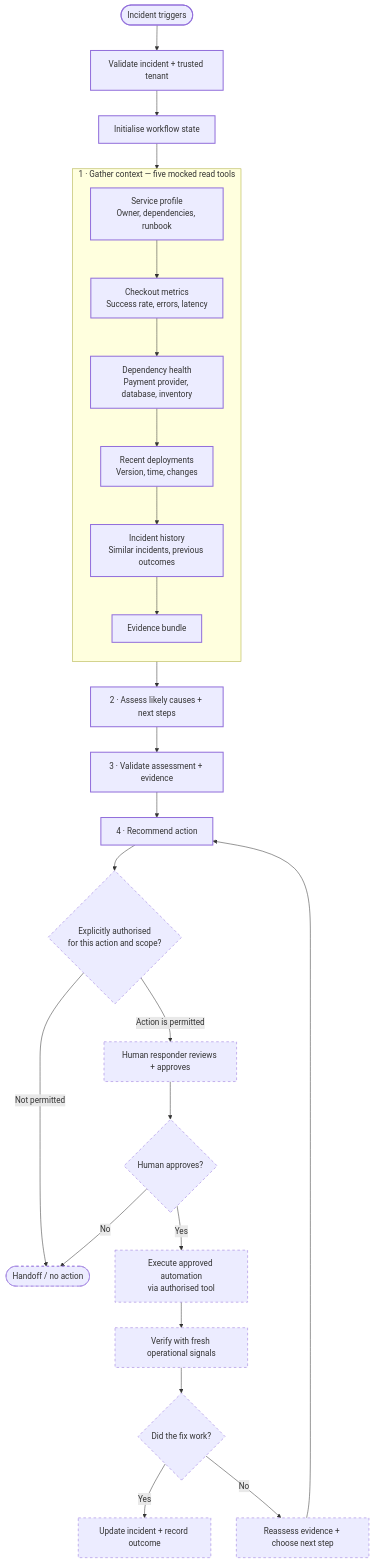
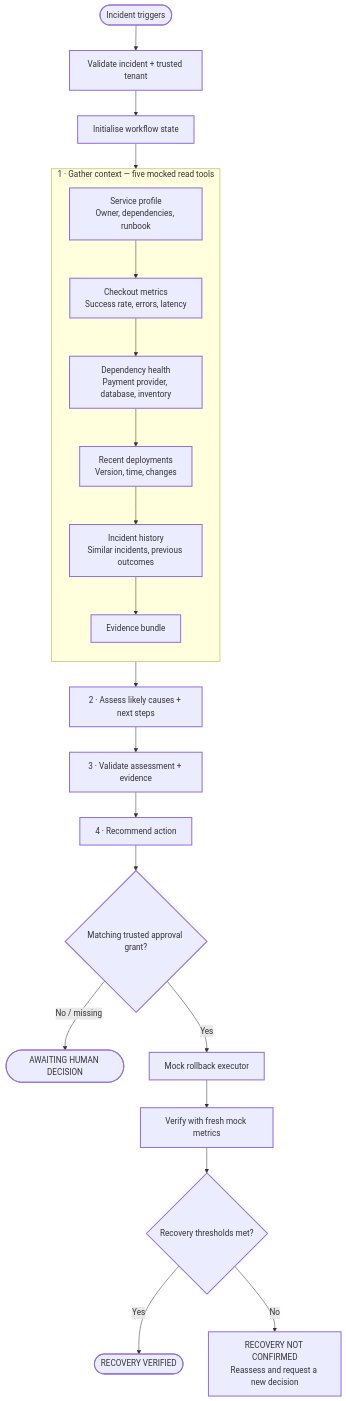
The diagram in README.md (rudolfo-felix/pager-duty), drawn with Mermaid before and after one commit. The commit also changed other lines of this file, not shown here.

Commit message:
Document tested mock execution and recovery paths

````diff
--- a/README.md
+++ b/README.md
@@ -48,39 +48,32 @@
 ```mermaid
 flowchart TD
     A(["Incident triggers"]) --> B["Validate incident + trusted tenant"]
     B --> C["Initialise workflow state"]
 
     subgraph G["1 · Gather context — five mocked read tools"]
       direction TB
       T1["Service profile<br/>Owner, dependencies, runbook"]
       T2["Checkout metrics<br/>Success rate, errors, latency"]
       T3["Dependency health<br/>Payment provider, database, inventory"]
       T4["Recent deployments<br/>Version, time, changes"]
       T5["Incident history<br/>Similar incidents, previous outcomes"]
       T1 --> T2 --> T3 --> T4 --> T5
       T5 --> E["Evidence bundle"]
     end
 
     C --> T1
     E --> F["2 · Assess likely causes + next steps"]
     F --> V["3 · Validate assessment + evidence"]
     V --> H["4 · Recommend action"]
-    H --> Z{"Explicitly authorised<br/>for this action and scope?"}
+    H --> Z{"Matching trusted approval grant?"}
 
-    Z -- "Action is permitted" --> K["Human responder reviews + approves"]
-    Z -- "Not permitted" --> M(["Handoff / no action"])
-    K --> L{"Human approves?"}
-    L -- "Yes" --> J["Execute approved automation<br/>via authorised tool"]
-    L -- "No" --> M
-
-    J --> N["Verify with fresh operational signals"]
-    N --> O{"Did the fix work?"}
-    O -- "Yes" --> P["Update incident + record outcome"]
-    O -- "No" --> Q["Reassess evidence + choose next step"]
-    Q --> H
+    Z -- "No / missing" --> M(["AWAITING HUMAN DECISION"])
+    Z -- "Yes" --> J["Mock rollback executor"]
+    J --> N["Verify with fresh mock metrics"]
+    N --> O{"Recovery thresholds met?"}
+    O -- "Yes" --> P(["RECOVERY VERIFIED"])
+    O -- "No" --> Q["RECOVERY NOT CONFIRMED<br/>Reassess and request a new decision"]
 
     classDef implemented stroke-width:2px
-    class A,B,C,T1,T2,T3,T4,T5,E,F,V,H implemented
-    class Z,J,K,L,M,N,O,P,Q production
-    classDef production stroke-dasharray:5 5
+    class A,B,C,T1,T2,T3,T4,T5,E,F,V,H,Z,J,N,O,P,Q,M implemented
 ```
````
